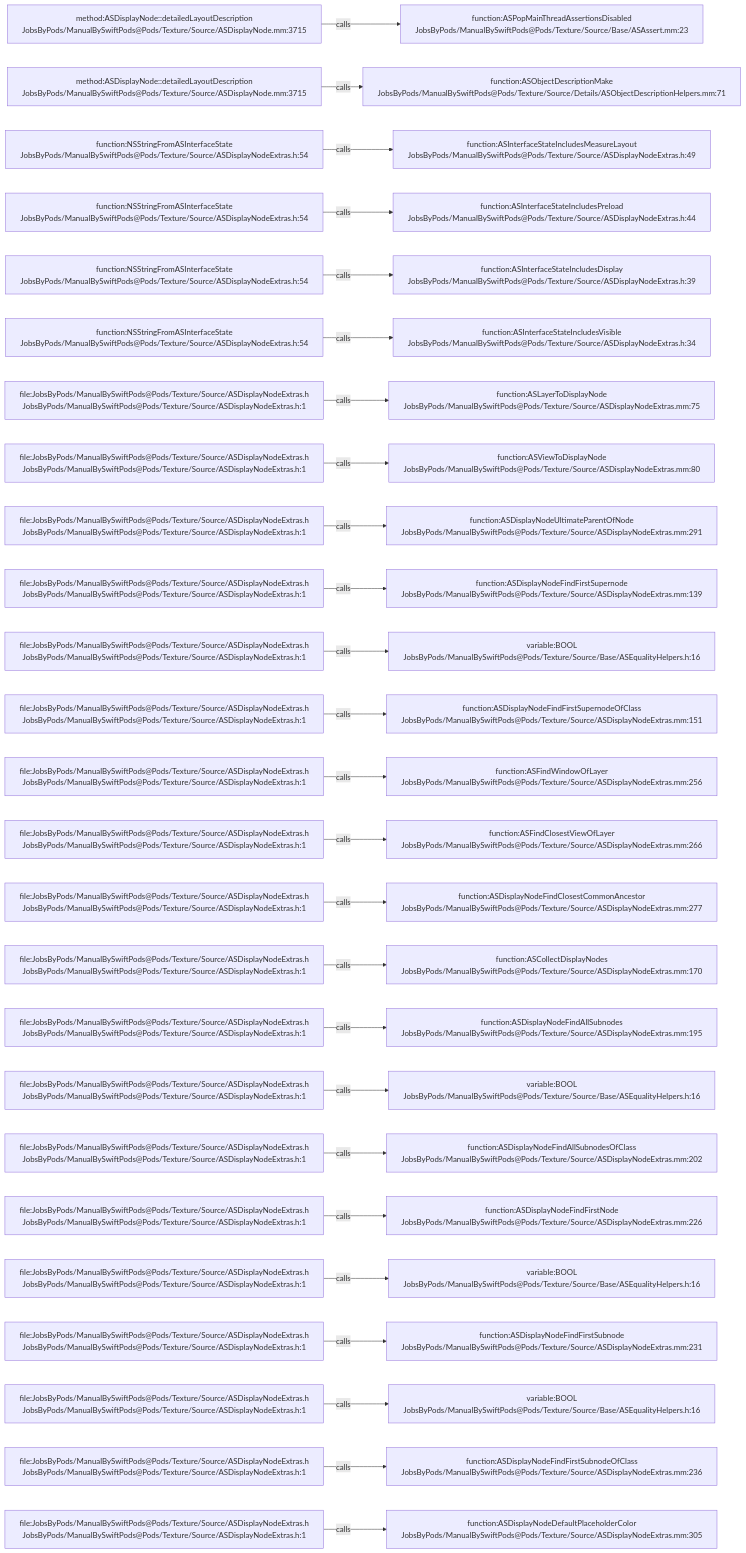
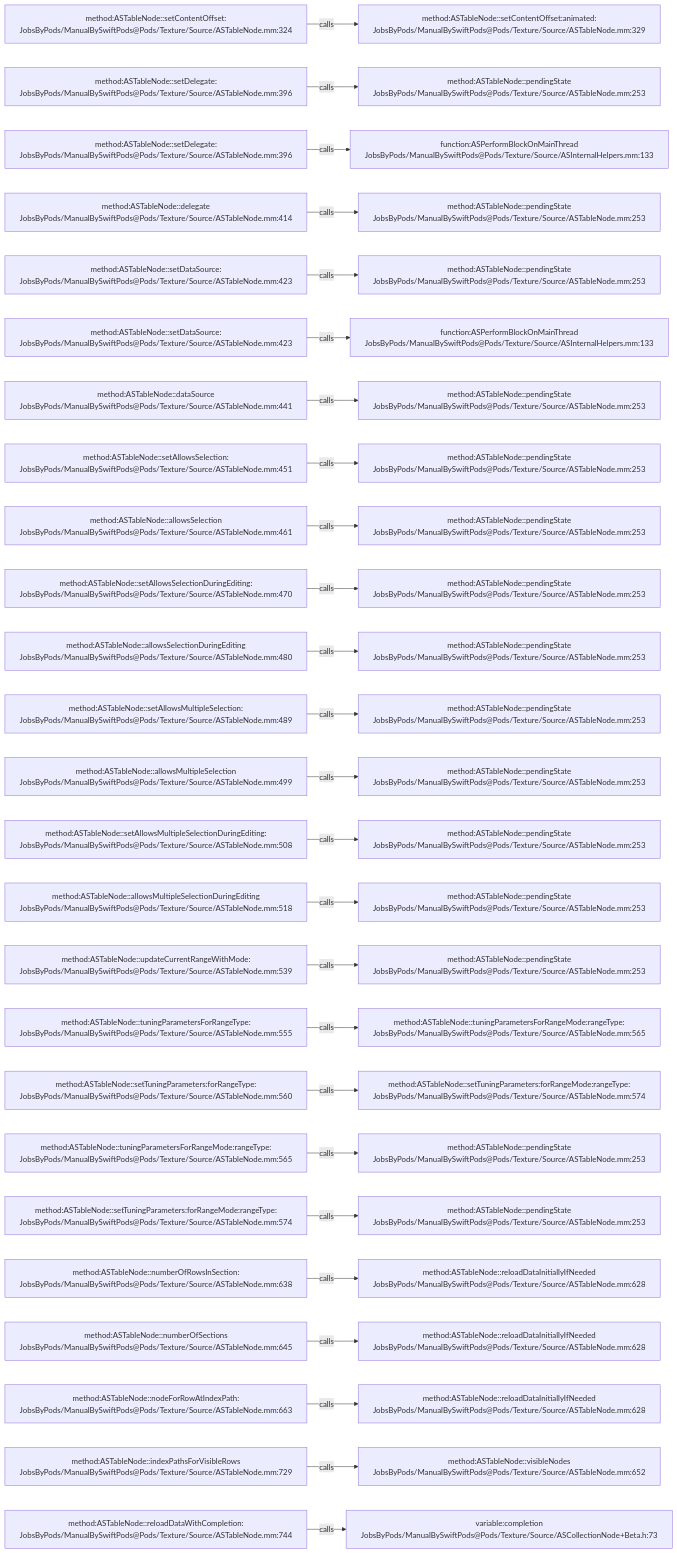
One commit to JobsKits/JobsSwiftBaseConfigDemo changed the diagram in .codegraph/codegraph.md/graphs/calls-056.md. Above: the diagram before and after it, drawn with Mermaid. The commit also changed 832 other files, not shown here.

````diff
--- a/.codegraph/codegraph.md/graphs/calls-056.md
+++ b/.codegraph/codegraph.md/graphs/calls-056.md
@@ -13,78 +13,78 @@
 ```mermaid
 flowchart LR
-  S1["method:ASDisplayNode::detailedLayoutDescription<br/>JobsByPods/ManualBySwiftPods@Pods/Texture/Source/ASDisplayNode.mm:3715"]
-  T1["function:ASPopMainThreadAssertionsDisabled<br/>JobsByPods/ManualBySwiftPods@Pods/Texture/Source/Base/ASAssert.mm:23"]
+  S1["method:ASTableNode::setContentOffset:<br/>JobsByPods/ManualBySwiftPods@Pods/Texture/Source/ASTableNode.mm:324"]
+  T1["method:ASTableNode::setContentOffset:animated:<br/>JobsByPods/ManualBySwiftPods@Pods/Texture/Source/ASTableNode.mm:329"]
   S1 -->|calls| T1
-  S2["method:ASDisplayNode::detailedLayoutDescription<br/>JobsByPods/ManualBySwiftPods@Pods/Texture/Source/ASDisplayNode.mm:3715"]
-  T2["function:ASObjectDescriptionMake<br/>JobsByPods/ManualBySwiftPods@Pods/Texture/Source/Details/ASObjectDescriptionHelpers.mm:71"]
+  S2["method:ASTableNode::setDelegate:<br/>JobsByPods/ManualBySwiftPods@Pods/Texture/Source/ASTableNode.mm:396"]
+  T2["method:ASTableNode::pendingState<br/>JobsByPods/ManualBySwiftPods@Pods/Texture/Source/ASTableNode.mm:253"]
   S2 -->|calls| T2
-  S3["function:NSStringFromASInterfaceState<br/>JobsByPods/ManualBySwiftPods@Pods/Texture/Source/ASDisplayNodeExtras.h:54"]
-  T3["function:ASInterfaceStateIncludesMeasureLayout<br/>JobsByPods/ManualBySwiftPods@Pods/Texture/Source/ASDisplayNodeExtras.h:49"]
+  S3["method:ASTableNode::setDelegate:<br/>JobsByPods/ManualBySwiftPods@Pods/Texture/Source/ASTableNode.mm:396"]
+  T3["function:ASPerformBlockOnMainThread<br/>JobsByPods/ManualBySwiftPods@Pods/Texture/Source/ASInternalHelpers.mm:133"]
   S3 -->|calls| T3
-  S4["function:NSStringFromASInterfaceState<br/>JobsByPods/ManualBySwiftPods@Pods/Texture/Source/ASDisplayNodeExtras.h:54"]
-  T4["function:ASInterfaceStateIncludesPreload<br/>JobsByPods/ManualBySwiftPods@Pods/Texture/Source/ASDisplayNodeExtras.h:44"]
+  S4["method:ASTableNode::delegate<br/>JobsByPods/ManualBySwiftPods@Pods/Texture/Source/ASTableNode.mm:414"]
+  T4["method:ASTableNode::pendingState<br/>JobsByPods/ManualBySwiftPods@Pods/Texture/Source/ASTableNode.mm:253"]
   S4 -->|calls| T4
-  S5["function:NSStringFromASInterfaceState<br/>JobsByPods/ManualBySwiftPods@Pods/Texture/Source/ASDisplayNodeExtras.h:54"]
-  T5["function:ASInterfaceStateIncludesDisplay<br/>JobsByPods/ManualBySwiftPods@Pods/Texture/Source/ASDisplayNodeExtras.h:39"]
+  S5["method:ASTableNode::setDataSource:<br/>JobsByPods/ManualBySwiftPods@Pods/Texture/Source/ASTableNode.mm:423"]
+  T5["method:ASTableNode::pendingState<br/>JobsByPods/ManualBySwiftPods@Pods/Texture/Source/ASTableNode.mm:253"]
   S5 -->|calls| T5
-  S6["function:NSStringFromASInterfaceState<br/>JobsByPods/ManualBySwiftPods@Pods/Texture/Source/ASDisplayNodeExtras.h:54"]
-  T6["function:ASInterfaceStateIncludesVisible<br/>JobsByPods/ManualBySwiftPods@Pods/Texture/Source/ASDisplayNodeExtras.h:34"]
+  S6["method:ASTableNode::setDataSource:<br/>JobsByPods/ManualBySwiftPods@Pods/Texture/Source/ASTableNode.mm:423"]
+  T6["function:ASPerformBlockOnMainThread<br/>JobsByPods/ManualBySwiftPods@Pods/Texture/Source/ASInternalHelpers.mm:133"]
   S6 -->|calls| T6
-  S7["file:JobsByPods/ManualBySwiftPods@Pods/Texture/Source/ASDisplayNodeExtras.h<br/>JobsByPods/ManualBySwiftPods@Pods/Texture/Source/ASDisplayNodeExtras.h:1"]
-  T7["function:ASLayerToDisplayNode<br/>JobsByPods/ManualBySwiftPods@Pods/Texture/Source/ASDisplayNodeExtras.mm:75"]
+  S7["method:ASTableNode::dataSource<br/>JobsByPods/ManualBySwiftPods@Pods/Texture/Source/ASTableNode.mm:441"]
+  T7["method:ASTableNode::pendingState<br/>JobsByPods/ManualBySwiftPods@Pods/Texture/Source/ASTableNode.mm:253"]
   S7 -->|calls| T7
-  S8["file:JobsByPods/ManualBySwiftPods@Pods/Texture/Source/ASDisplayNodeExtras.h<br/>JobsByPods/ManualBySwiftPods@Pods/Texture/Source/ASDisplayNodeExtras.h:1"]
-  T8["function:ASViewToDisplayNode<br/>JobsByPods/ManualBySwiftPods@Pods/Texture/Source/ASDisplayNodeExtras.mm:80"]
+  S8["method:ASTableNode::setAllowsSelection:<br/>JobsByPods/ManualBySwiftPods@Pods/Texture/Source/ASTableNode.mm:451"]
+  T8["method:ASTableNode::pendingState<br/>JobsByPods/ManualBySwiftPods@Pods/Texture/Source/ASTableNode.mm:253"]
   S8 -->|calls| T8
-  S9["file:JobsByPods/ManualBySwiftPods@Pods/Texture/Source/ASDisplayNodeExtras.h<br/>JobsByPods/ManualBySwiftPods@Pods/Texture/Source/ASDisplayNodeExtras.h:1"]
-  T9["function:ASDisplayNodeUltimateParentOfNode<br/>JobsByPods/ManualBySwiftPods@Pods/Texture/Source/ASDisplayNodeExtras.mm:291"]
+  S9["method:ASTableNode::allowsSelection<br/>JobsByPods/ManualBySwiftPods@Pods/Texture/Source/ASTableNode.mm:461"]
+  T9["method:ASTableNode::pendingState<br/>JobsByPods/ManualBySwiftPods@Pods/Texture/Source/ASTableNode.mm:253"]
   S9 -->|calls| T9
-  S10["file:JobsByPods/ManualBySwiftPods@Pods/Texture/Source/ASDisplayNodeExtras.h<br/>JobsByPods/ManualBySwiftPods@Pods/Texture/Source/ASDisplayNodeExtras.h:1"]
-  T10["function:ASDisplayNodeFindFirstSupernode<br/>JobsByPods/ManualBySwiftPods@Pods/Texture/Source/ASDisplayNodeExtras.mm:139"]
+  S10["method:ASTableNode::setAllowsSelectionDuringEditing:<br/>JobsByPods/ManualBySwiftPods@Pods/Texture/Source/ASTableNode.mm:470"]
+  T10["method:ASTableNode::pendingState<br/>JobsByPods/ManualBySwiftPods@Pods/Texture/Source/ASTableNode.mm:253"]
   S10 -->|calls| T10
-  S11["file:JobsByPods/ManualBySwiftPods@Pods/Texture/Source/ASDisplayNodeExtras.h<br/>JobsByPods/ManualBySwiftPods@Pods/Texture/Source/ASDisplayNodeExtras.h:1"]
-  T11["variable:BOOL<br/>JobsByPods/ManualBySwiftPods@Pods/Texture/Source/Base/ASEqualityHelpers.h:16"]
+  S11["method:ASTableNode::allowsSelectionDuringEditing<br/>JobsByPods/ManualBySwiftPods@Pods/Texture/Source/ASTableNode.mm:480"]
+  T11["method:ASTableNode::pendingState<br/>JobsByPods/ManualBySwiftPods@Pods/Texture/Source/ASTableNode.mm:253"]
   S11 -->|calls| T11
-  S12["file:JobsByPods/ManualBySwiftPods@Pods/Texture/Source/ASDisplayNodeExtras.h<br/>JobsByPods/ManualBySwiftPods@Pods/Texture/Source/ASDisplayNodeExtras.h:1"]
-  T12["function:ASDisplayNodeFindFirstSupernodeOfClass<br/>JobsByPods/ManualBySwiftPods@Pods/Texture/Source/ASDisplayNodeExtras.mm:151"]
+  S12["method:ASTableNode::setAllowsMultipleSelection:<br/>JobsByPods/ManualBySwiftPods@Pods/Texture/Source/ASTableNode.mm:489"]
+  T12["method:ASTableNode::pendingState<br/>JobsByPods/ManualBySwiftPods@Pods/Texture/Source/ASTableNode.mm:253"]
   S12 -->|calls| T12
-  S13["file:JobsByPods/ManualBySwiftPods@Pods/Texture/Source/ASDisplayNodeExtras.h<br/>JobsByPods/ManualBySwiftPods@Pods/Texture/Source/ASDisplayNodeExtras.h:1"]
-  T13["function:ASFindWindowOfLayer<br/>JobsByPods/ManualBySwiftPods@Pods/Texture/Source/ASDisplayNodeExtras.mm:256"]
+  S13["method:ASTableNode::allowsMultipleSelection<br/>JobsByPods/ManualBySwiftPods@Pods/Texture/Source/ASTableNode.mm:499"]
+  T13["method:ASTableNode::pendingState<br/>JobsByPods/ManualBySwiftPods@Pods/Texture/Source/ASTableNode.mm:253"]
   S13 -->|calls| T13
-  S14["file:JobsByPods/ManualBySwiftPods@Pods/Texture/Source/ASDisplayNodeExtras.h<br/>JobsByPods/ManualBySwiftPods@Pods/Texture/Source/ASDisplayNodeExtras.h:1"]
-  T14["function:ASFindClosestViewOfLayer<br/>JobsByPods/ManualBySwiftPods@Pods/Texture/Source/ASDisplayNodeExtras.mm:266"]
+  S14["method:ASTableNode::setAllowsMultipleSelectionDuringEditing:<br/>JobsByPods/ManualBySwiftPods@Pods/Texture/Source/ASTableNode.mm:508"]
+  T14["method:ASTableNode::pendingState<br/>JobsByPods/ManualBySwiftPods@Pods/Texture/Source/ASTableNode.mm:253"]
   S14 -->|calls| T14
-  S15["file:JobsByPods/ManualBySwiftPods@Pods/Texture/Source/ASDisplayNodeExtras.h<br/>JobsByPods/ManualBySwiftPods@Pods/Texture/Source/ASDisplayNodeExtras.h:1"]
-  T15["function:ASDisplayNodeFindClosestCommonAncestor<br/>JobsByPods/ManualBySwiftPods@Pods/Texture/Source/ASDisplayNodeExtras.mm:277"]
+  S15["method:ASTableNode::allowsMultipleSelectionDuringEditing<br/>JobsByPods/ManualBySwiftPods@Pods/Texture/Source/ASTableNode.mm:518"]
+  T15["method:ASTableNode::pendingState<br/>JobsByPods/ManualBySwiftPods@Pods/Texture/Source/ASTableNode.mm:253"]
   S15 -->|calls| T15
-  S16["file:JobsByPods/ManualBySwiftPods@Pods/Texture/Source/ASDisplayNodeExtras.h<br/>JobsByPods/ManualBySwiftPods@Pods/Texture/Source/ASDisplayNodeExtras.h:1"]
-  T16["function:ASCollectDisplayNodes<br/>JobsByPods/ManualBySwiftPods@Pods/Texture/Source/ASDisplayNodeExtras.mm:170"]
+  S16["method:ASTableNode::updateCurrentRangeWithMode:<br/>JobsByPods/ManualBySwiftPods@Pods/Texture/Source/ASTableNode.mm:539"]
+  T16["method:ASTableNode::pendingState<br/>JobsByPods/ManualBySwiftPods@Pods/Texture/Source/ASTableNode.mm:253"]
   S16 -->|calls| T16
-  S17["file:JobsByPods/ManualBySwiftPods@Pods/Texture/Source/ASDisplayNodeExtras.h<br/>JobsByPods/ManualBySwiftPods@Pods/Texture/Source/ASDisplayNodeExtras.h:1"]
-  T17["function:ASDisplayNodeFindAllSubnodes<br/>JobsByPods/ManualBySwiftPods@Pods/Texture/Source/ASDisplayNodeExtras.mm:195"]
+  S17["method:ASTableNode::tuningParametersForRangeType:<br/>JobsByPods/ManualBySwiftPods@Pods/Texture/Source/ASTableNode.mm:555"]
+  T17["method:ASTableNode::tuningParametersForRangeMode:rangeType:<br/>JobsByPods/ManualBySwiftPods@Pods/Texture/Source/ASTableNode.mm:565"]
   S17 -->|calls| T17
-  S18["file:JobsByPods/ManualBySwiftPods@Pods/Texture/Source/ASDisplayNodeExtras.h<br/>JobsByPods/ManualBySwiftPods@Pods/Texture/Source/ASDisplayNodeExtras.h:1"]
-  T18["variable:BOOL<br/>JobsByPods/ManualBySwiftPods@Pods/Texture/Source/Base/ASEqualityHelpers.h:16"]
+  S18["method:ASTableNode::setTuningParameters:forRangeType:<br/>JobsByPods/ManualBySwiftPods@Pods/Texture/Source/ASTableNode.mm:560"]
+  T18["method:ASTableNode::setTuningParameters:forRangeMode:rangeType:<br/>JobsByPods/ManualBySwiftPods@Pods/Texture/Source/ASTableNode.mm:574"]
   S18 -->|calls| T18
-  S19["file:JobsByPods/ManualBySwiftPods@Pods/Texture/Source/ASDisplayNodeExtras.h<br/>JobsByPods/ManualBySwiftPods@Pods/Texture/Source/ASDisplayNodeExtras.h:1"]
-  T19["function:ASDisplayNodeFindAllSubnodesOfClass<br/>JobsByPods/ManualBySwiftPods@Pods/Texture/Source/ASDisplayNodeExtras.mm:202"]
+  S19["method:ASTableNode::tuningParametersForRangeMode:rangeType:<br/>JobsByPods/ManualBySwiftPods@Pods/Texture/Source/ASTableNode.mm:565"]
+  T19["method:ASTableNode::pendingState<br/>JobsByPods/ManualBySwiftPods@Pods/Texture/Source/ASTableNode.mm:253"]
   S19 -->|calls| T19
-  S20["file:JobsByPods/ManualBySwiftPods@Pods/Texture/Source/ASDisplayNodeExtras.h<br/>JobsByPods/ManualBySwiftPods@Pods/Texture/Source/ASDisplayNodeExtras.h:1"]
-  T20["function:ASDisplayNodeFindFirstNode<br/>JobsByPods/ManualBySwiftPods@Pods/Texture/Source/ASDisplayNodeExtras.mm:226"]
+  S20["method:ASTableNode::setTuningParameters:forRangeMode:rangeType:<br/>JobsByPods/ManualBySwiftPods@Pods/Texture/Source/ASTableNode.mm:574"]
+  T20["method:ASTableNode::pendingState<br/>JobsByPods/ManualBySwiftPods@Pods/Texture/Source/ASTableNode.mm:253"]
   S20 -->|calls| T20
-  S21["file:JobsByPods/ManualBySwiftPods@Pods/Texture/Source/ASDisplayNodeExtras.h<br/>JobsByPods/ManualBySwiftPods@Pods/Texture/Source/ASDisplayNodeExtras.h:1"]
-  T21["variable:BOOL<br/>JobsByPods/ManualBySwiftPods@Pods/Texture/Source/Base/ASEqualityHelpers.h:16"]
+  S21["method:ASTableNode::numberOfRowsInSection:<br/>JobsByPods/ManualBySwiftPods@Pods/Texture/Source/ASTableNode.mm:638"]
+  T21["method:ASTableNode::reloadDataInitiallyIfNeeded<br/>JobsByPods/ManualBySwiftPods@Pods/Texture/Source/ASTableNode.mm:628"]
   S21 -->|calls| T21
-  S22["file:JobsByPods/ManualBySwiftPods@Pods/Texture/Source/ASDisplayNodeExtras.h<br/>JobsByPods/ManualBySwiftPods@Pods/Texture/Source/ASDisplayNodeExtras.h:1"]
-  T22["function:ASDisplayNodeFindFirstSubnode<br/>JobsByPods/ManualBySwiftPods@Pods/Texture/Source/ASDisplayNodeExtras.mm:231"]
+  S22["method:ASTableNode::numberOfSections<br/>JobsByPods/ManualBySwiftPods@Pods/Texture/Source/ASTableNode.mm:645"]
+  T22["method:ASTableNode::reloadDataInitiallyIfNeeded<br/>JobsByPods/ManualBySwiftPods@Pods/Texture/Source/ASTableNode.mm:628"]
   S22 -->|calls| T22
-  S23["file:JobsByPods/ManualBySwiftPods@Pods/Texture/Source/ASDisplayNodeExtras.h<br/>JobsByPods/ManualBySwiftPods@Pods/Texture/Source/ASDisplayNodeExtras.h:1"]
-  T23["variable:BOOL<br/>JobsByPods/ManualBySwiftPods@Pods/Texture/Source/Base/ASEqualityHelpers.h:16"]
+  S23["method:ASTableNode::nodeForRowAtIndexPath:<br/>JobsByPods/ManualBySwiftPods@Pods/Texture/Source/ASTableNode.mm:663"]
+  T23["method:ASTableNode::reloadDataInitiallyIfNeeded<br/>JobsByPods/ManualBySwiftPods@Pods/Texture/Source/ASTableNode.mm:628"]
   S23 -->|calls| T23
-  S24["file:JobsByPods/ManualBySwiftPods@Pods/Texture/Source/ASDisplayNodeExtras.h<br/>JobsByPods/ManualBySwiftPods@Pods/Texture/Source/ASDisplayNodeExtras.h:1"]
-  T24["function:ASDisplayNodeFindFirstSubnodeOfClass<br/>JobsByPods/ManualBySwiftPods@Pods/Texture/Source/ASDisplayNodeExtras.mm:236"]
+  S24["method:ASTableNode::indexPathsForVisibleRows<br/>JobsByPods/ManualBySwiftPods@Pods/Texture/Source/ASTableNode.mm:729"]
+  T24["method:ASTableNode::visibleNodes<br/>JobsByPods/ManualBySwiftPods@Pods/Texture/Source/ASTableNode.mm:652"]
   S24 -->|calls| T24
-  S25["file:JobsByPods/ManualBySwiftPods@Pods/Texture/Source/ASDisplayNodeExtras.h<br/>JobsByPods/ManualBySwiftPods@Pods/Texture/Source/ASDisplayNodeExtras.h:1"]
-  T25["function:ASDisplayNodeDefaultPlaceholderColor<br/>JobsByPods/ManualBySwiftPods@Pods/Texture/Source/ASDisplayNodeExtras.mm:305"]
+  S25["method:ASTableNode::reloadDataWithCompletion:<br/>JobsByPods/ManualBySwiftPods@Pods/Texture/Source/ASTableNode.mm:744"]
+  T25["variable:completion<br/>JobsByPods/ManualBySwiftPods@Pods/Texture/Source/ASCollectionNode+Beta.h:73"]
   S25 -->|calls| T25
 ```
````
